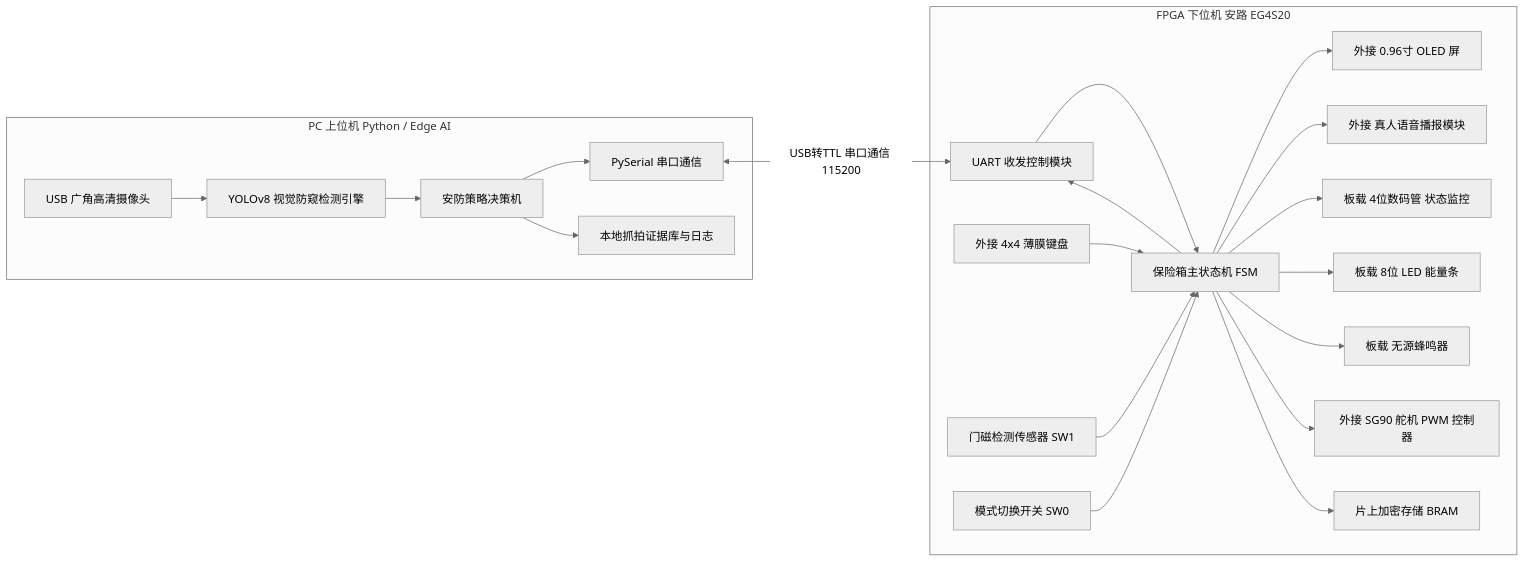
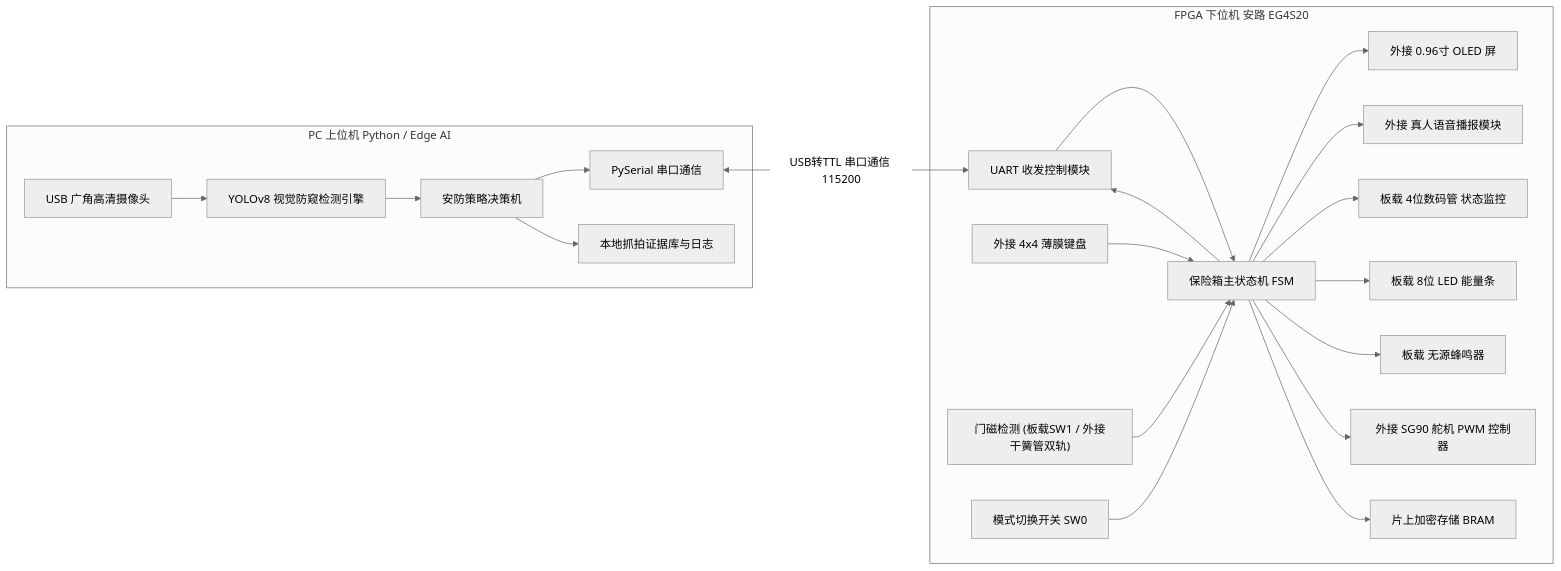
Before and after one commit to no-more-human/FPGA-AntiPeep-CipherLock: the first of 3 diagrams in plan.md, drawn with Mermaid (neutral theme). The commit also changed other lines of this file and 2 other files, not shown here.

````diff
--- a/plan.md
+++ b/plan.md
@@ -14,29 +14,29 @@
 ```mermaid
 flowchart LR
     subgraph PC_Side ["PC 上位机 Python / Edge AI"]
         USB_CAM["USB 广角高清摄像头"] --> YOLO["YOLOv8 视觉防窥检测引擎"]
         YOLO --> Decision["安防策略决策机"]
         Decision --> PY_UART["PySerial 串口通信"]
         Decision --> Logger["本地抓拍证据库与日志"]
     end
 
     subgraph FPGA_Side ["FPGA 下位机 安路 EG4S20"]
         FPGA_UART["UART 收发控制模块"] --> MainFSM["保险箱主状态机 FSM"]
         MainFSM --> FPGA_UART
-        
+
         Keypad_Ext["外接 4x4 薄膜键盘"] --> MainFSM
-        Door_Sensor["门磁检测传感器 SW1"] --> MainFSM
+        Door_Sensor["门磁检测 (板载SW1 / 外接干簧管双轨)"] --> MainFSM
         Mode_SW["模式切换开关 SW0"] --> MainFSM
-        
+
         MainFSM --> OLED["外接 0.96寸 OLED 屏"]
         MainFSM --> Voice["外接 真人语音播报模块"]
         MainFSM --> Digitron["板载 4位数码管 状态监控"]
         MainFSM --> LED_Bar["板载 8位 LED 能量条"]
         MainFSM --> Buzzer["板载 无源蜂鸣器"]
-        
+
         MainFSM --> PWM_Servo["外接 SG90 舵机 PWM 控制器"]
         MainFSM --> SecStorage["片上加密存储 BRAM"]
     end
 
     PY_UART <-->|USB转TTL 串口通信 115200| FPGA_UART
 ```
````
